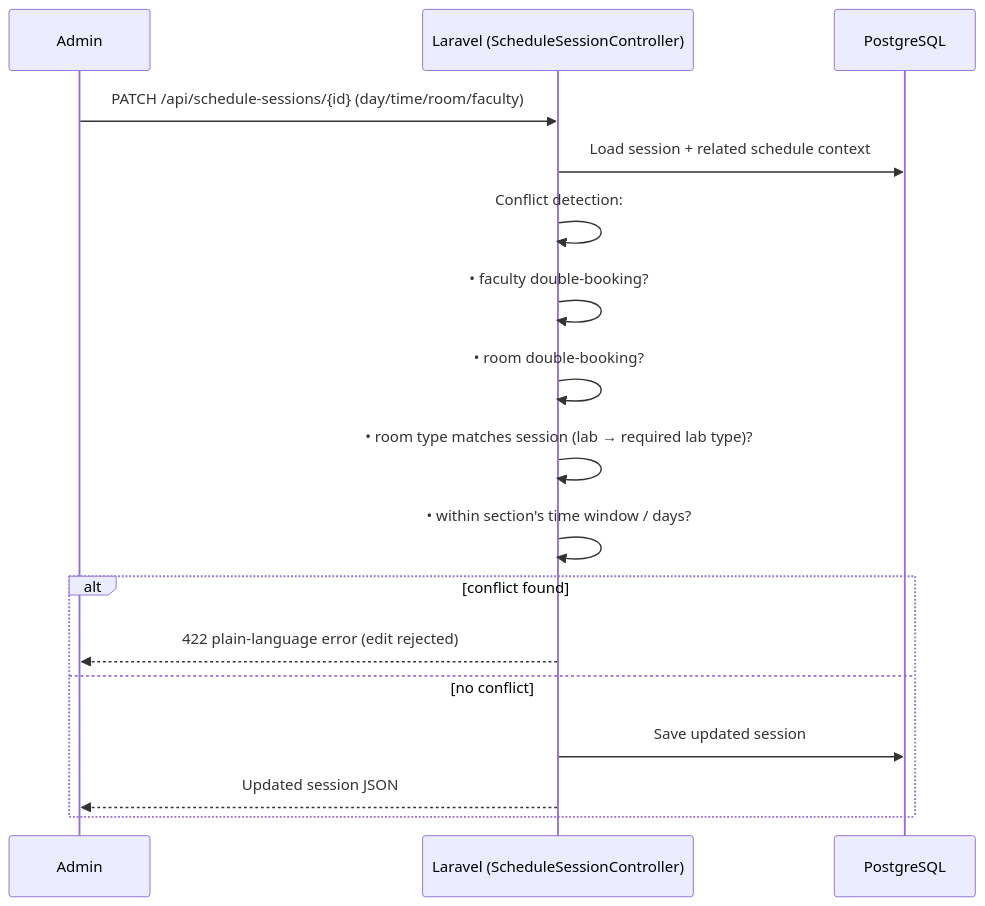
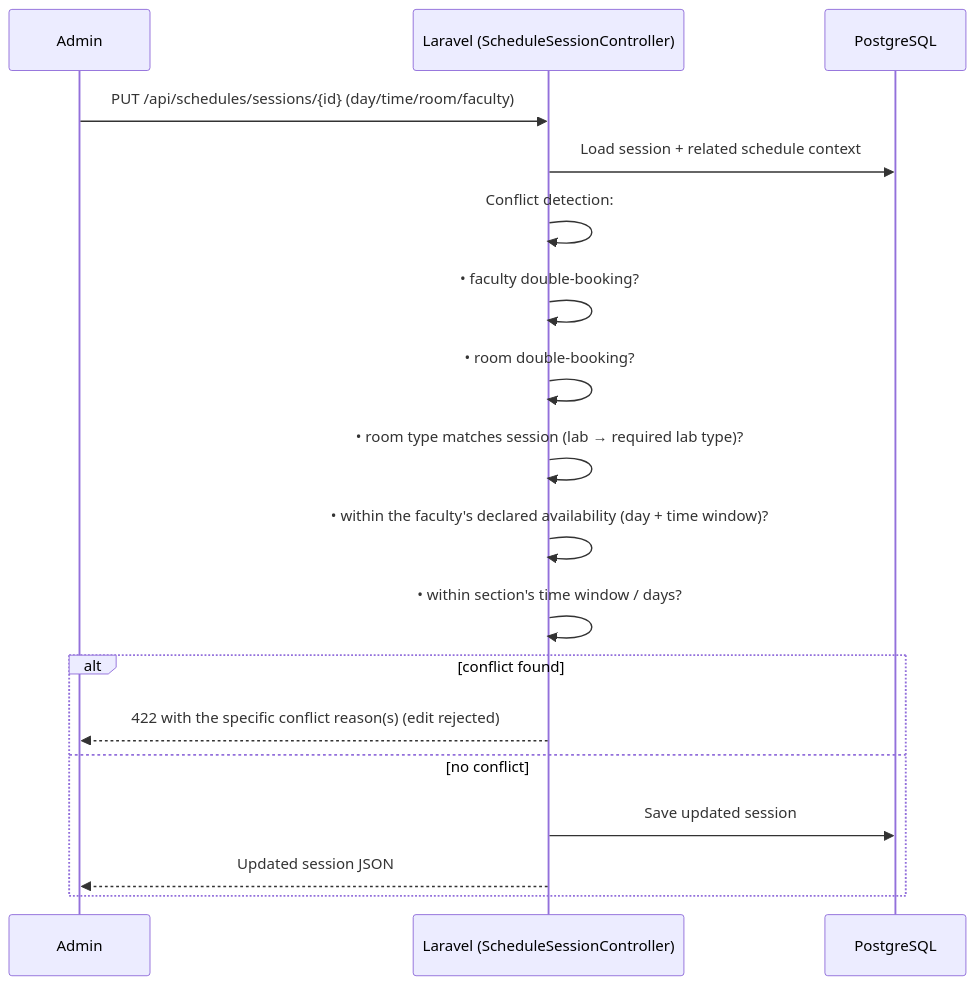
Before and after one commit to KiroOoo-arch/IT-faculty-scheduling-system: the fourth of 6 diagrams in documentation/System-Architecture.md, drawn with Mermaid. The commit also changed 11 other files, not shown here.

````diff
--- a/documentation/System-Architecture.md
+++ b/documentation/System-Architecture.md
@@ -111,20 +111,21 @@
 ```mermaid
 sequenceDiagram
     participant U as Admin
     participant L as Laravel (ScheduleSessionController)
     participant DB as PostgreSQL
 
-    U->>L: PATCH /api/schedule-sessions/{id} (day/time/room/faculty)
+    U->>L: PUT /api/schedules/sessions/{id} (day/time/room/faculty)
     L->>DB: Load session + related schedule context
     L->>L: Conflict detection:
     L->>L:  • faculty double-booking?
     L->>L:  • room double-booking?
     L->>L:  • room type matches session (lab → required lab type)?
+    L->>L:  • within the faculty's declared availability (day + time window)?
     L->>L:  • within section's time window / days?
     alt conflict found
-        L-->>U: 422 plain-language error (edit rejected)
+        L-->>U: 422 with the specific conflict reason(s) (edit rejected)
     else no conflict
         L->>DB: Save updated session
         L-->>U: Updated session JSON
     end
 ```
````
